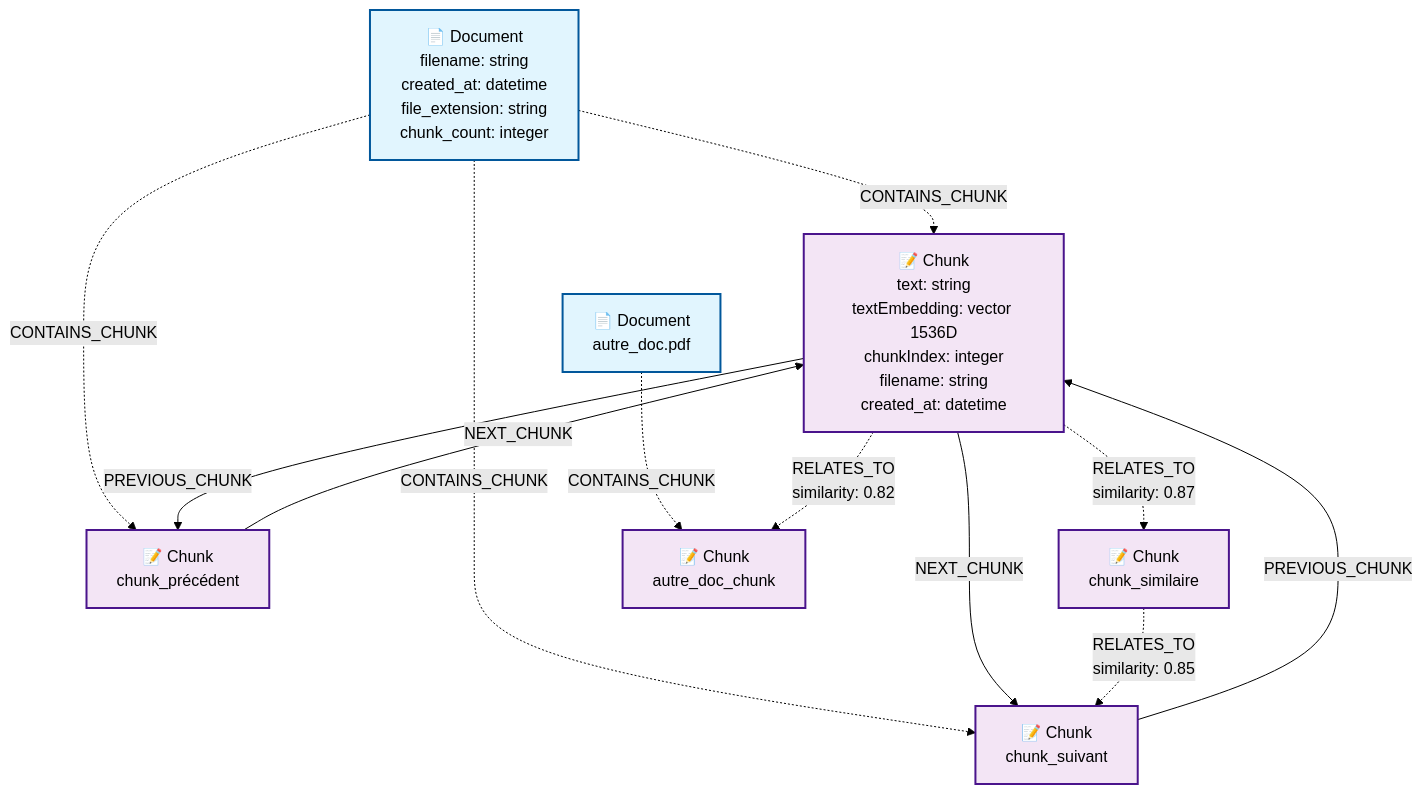
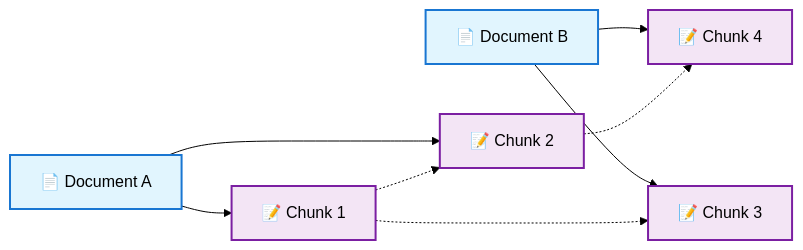
One commit to famibelle/KnowledgeGraphRag changed the second of 3 diagrams in README.md. Above: the diagram before and after it, drawn with Mermaid (forest theme). The commit also changed other lines of this file, not shown here.

Commit message:
neo4j simplifié

````diff
--- a/README.md
+++ b/README.md
@@ -116,39 +116,31 @@
 ```mermaid
-graph TD
-    %% Nodes
-    D1[📄 Document<br/>filename: string<br/>created_at: datetime<br/>file_extension: string<br/>chunk_count: integer]
-    D2[📄 Document<br/>autre_doc.pdf]
+graph LR
+    %% Entités principales
+    D1[📄 Document A]
+    D2[📄 Document B]
     
-    C1[📝 Chunk<br/>text: string<br/>textEmbedding: vector 1536D<br/>chunkIndex: integer<br/>filename: string<br/>created_at: datetime]
-    C2[📝 Chunk<br/>chunk_suivant]
-    C3[📝 Chunk<br/>chunk_précédent]
-    C4[📝 Chunk<br/>chunk_similaire]
-    C5[📝 Chunk<br/>autre_doc_chunk]
+    C1[📝 Chunk 1]
+    C2[📝 Chunk 2]
+    C3[📝 Chunk 3]
+    C4[📝 Chunk 4]
     
-    %% Relations hiérarchiques
-    D1 -.->|CONTAINS_CHUNK| C1
-    D1 -.->|CONTAINS_CHUNK| C2
-    D1 -.->|CONTAINS_CHUNK| C3
-    D2 -.->|CONTAINS_CHUNK| C5
+    %% Relations document → chunks
+    D1 --> C1
+    D1 --> C2
+    D2 --> C3
+    D2 --> C4
     
-    %% Relations séquentielles (navigation dans le document)
-    C3 -->|NEXT_CHUNK| C1
-    C1 -->|NEXT_CHUNK| C2
-    C1 -->|PREVIOUS_CHUNK| C3
-    C2 -->|PREVIOUS_CHUNK| C1
+    %% Navigation séquentielle
+    C1 -.-> C2
     
-    %% Relations sémantiques (inter et intra-documents)
-    C1 -.->|RELATES_TO<br/>similarity: 0.87| C4
-    C1 -.->|RELATES_TO<br/>similarity: 0.82| C5
-    C4 -.->|RELATES_TO<br/>similarity: 0.85| C2
+    %% Relations sémantiques inter-documents
+    C1 -.-> C3
+    C2 -.-> C4
     
     %% Styling
-    classDef documentNode fill:#e1f5fe,stroke:#01579b,stroke-width:2px
-    classDef chunkNode fill:#f3e5f5,stroke:#4a148c,stroke-width:2px
-    classDef sequentialRel stroke:#2e7d32,stroke-width:3px
-    classDef semanticRel stroke:#d84315,stroke-width:2px,stroke-dasharray: 5 5
-    classDef hierarchicalRel stroke:#424242,stroke-width:2px,stroke-dasharray: 10 5
+    classDef doc fill:#e1f5fe,stroke:#1976d2,stroke-width:2px
+    classDef chunk fill:#f3e5f5,stroke:#7b1fa2,stroke-width:2px
     
-    class D1,D2 documentNode
-    class C1,C2,C3,C4,C5 chunkNode
+    class D1,D2 doc
+    class C1,C2,C3,C4 chunk
 ```
````
